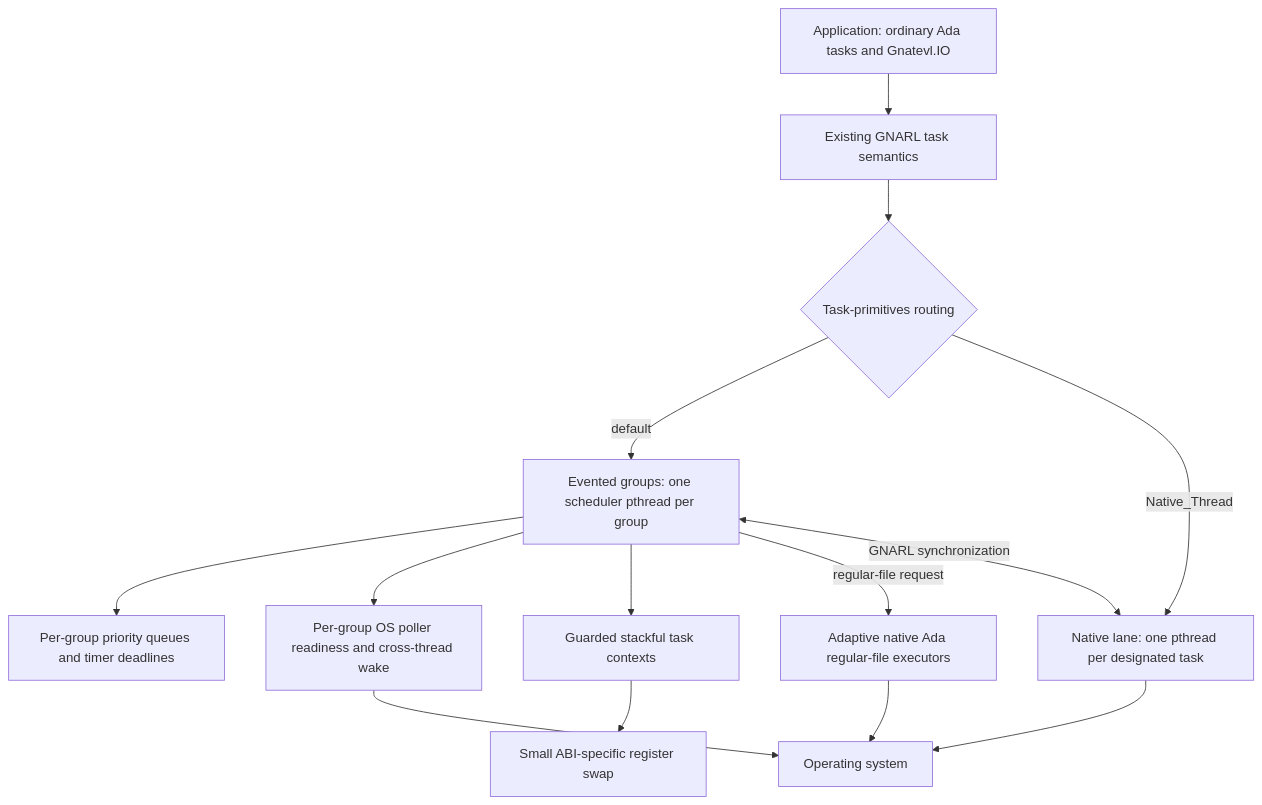
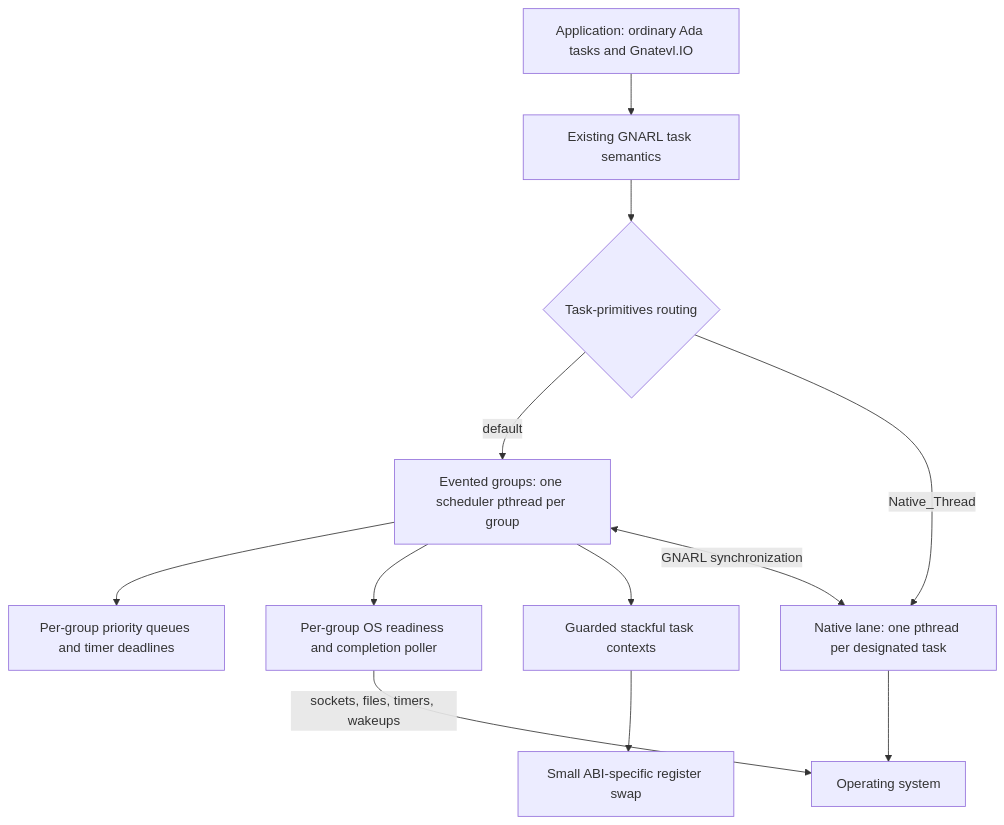
The first of 3 diagrams in README.md (flyology-ada/flyology), drawn with Mermaid before and after one commit. The commit also changed other lines of this file and 14 other files, not shown here.

````diff
--- a/README.md
+++ b/README.md
@@ -109,26 +109,23 @@
 ```mermaid
 flowchart TB
     A[Application: ordinary Ada tasks and Gnatevl.IO]
     G[Existing GNARL task semantics]
     R{Task-primitives routing}
     E[Evented groups: one scheduler pthread per group]
     N[Native lane: one pthread per designated task]
     Q[Per-group priority queues and timer deadlines]
-    K[Per-group OS poller readiness and cross-thread wake]
+    K[Per-group OS readiness and completion poller]
     C[Guarded stackful task contexts]
     X[Small ABI-specific register swap]
-    F[Adaptive native Ada regular-file executors]
     O[Operating system]
 
     A --> G --> R
     R -->|default| E
     R -->|Native_Thread| N
     E --> Q
     E --> K
     E --> C --> X
-    E -->|regular-file request| F
     E <-->|GNARL synchronization| N
-    K --> O
+    K -->|sockets, files, timers, wakeups| O
     N --> O
-    F --> O
 ```
````
